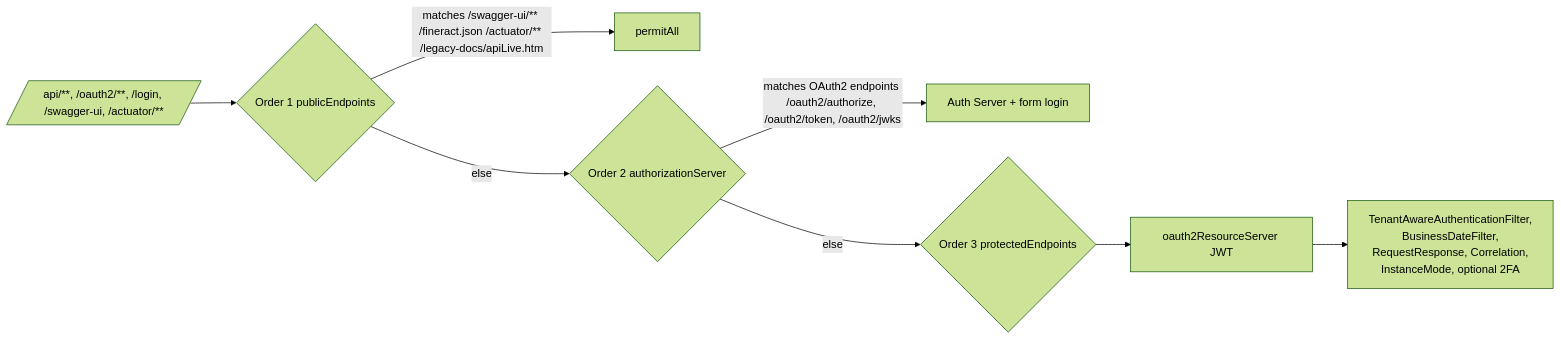
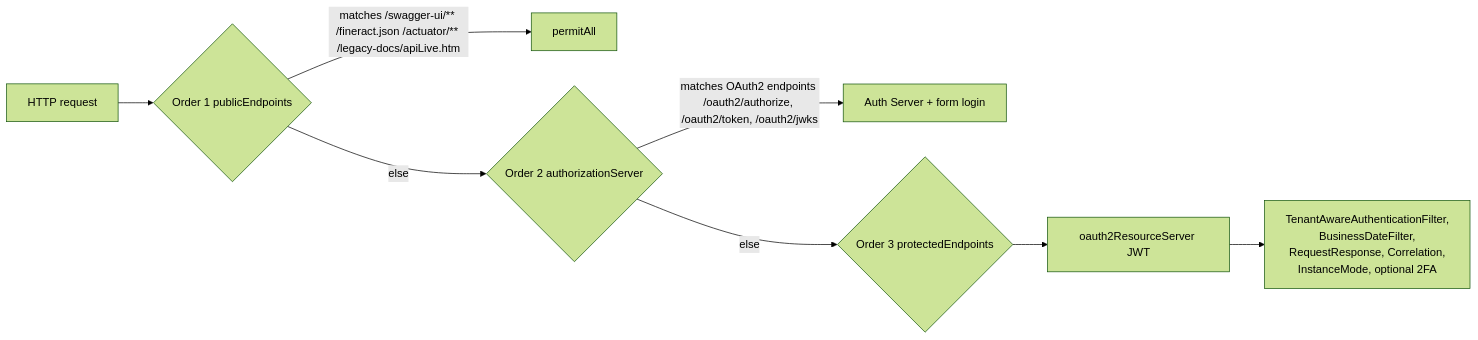
The first of 2 diagrams in security/basic-auth-and-oauth2.mdx (mintlify-atlas/docs-wiki-31b07890), drawn with Mermaid (forest theme) before and after one commit. The commit also changed other lines of this file and 115 other files, not shown here.

````diff
--- a/security/basic-auth-and-oauth2.mdx
+++ b/security/basic-auth-and-oauth2.mdx
@@ -146,10 +146,10 @@
 ```mermaid
 flowchart LR
-    A[/api/**, /oauth2/**, /login, /swagger-ui, /actuator/**/] --> B{Order 1 publicEndpoints}
+    A[HTTP request] --> B{Order 1 publicEndpoints}
     B -->|matches /swagger-ui/** /fineract.json /actuator/** /legacy-docs/apiLive.htm| C[permitAll]
     B -->|else| D{Order 2 authorizationServer}
     D -->|matches OAuth2 endpoints /oauth2/authorize, /oauth2/token, /oauth2/jwks| E[Auth Server + form login]
     D -->|else| F{Order 3 protectedEndpoints}
     F --> G[oauth2ResourceServer JWT]
     G --> H[TenantAwareAuthenticationFilter,<br/>BusinessDateFilter,<br/>RequestResponse, Correlation,<br/>InstanceMode, optional 2FA]
 ```
````
